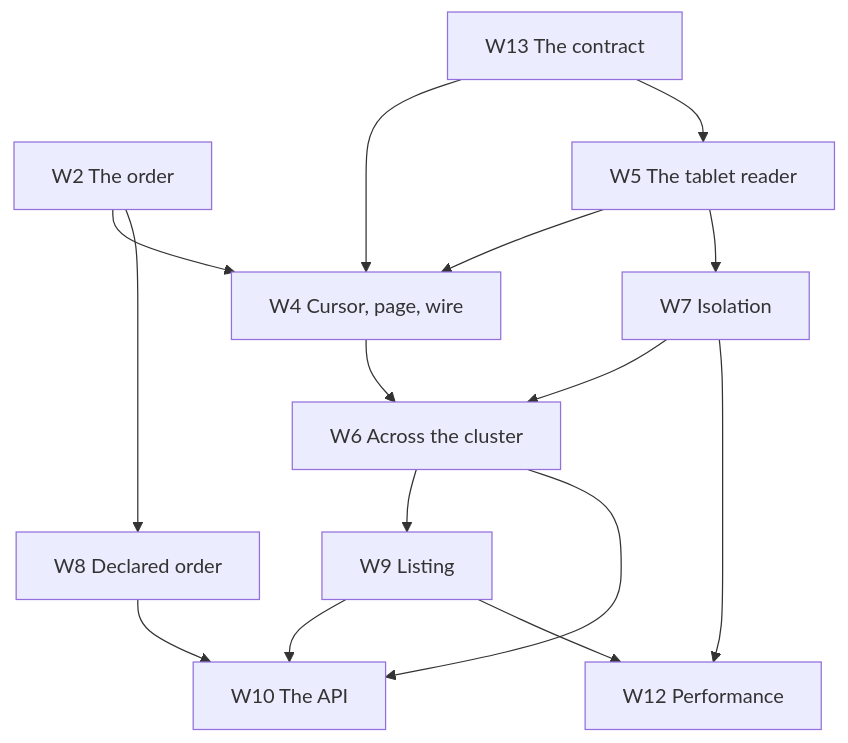
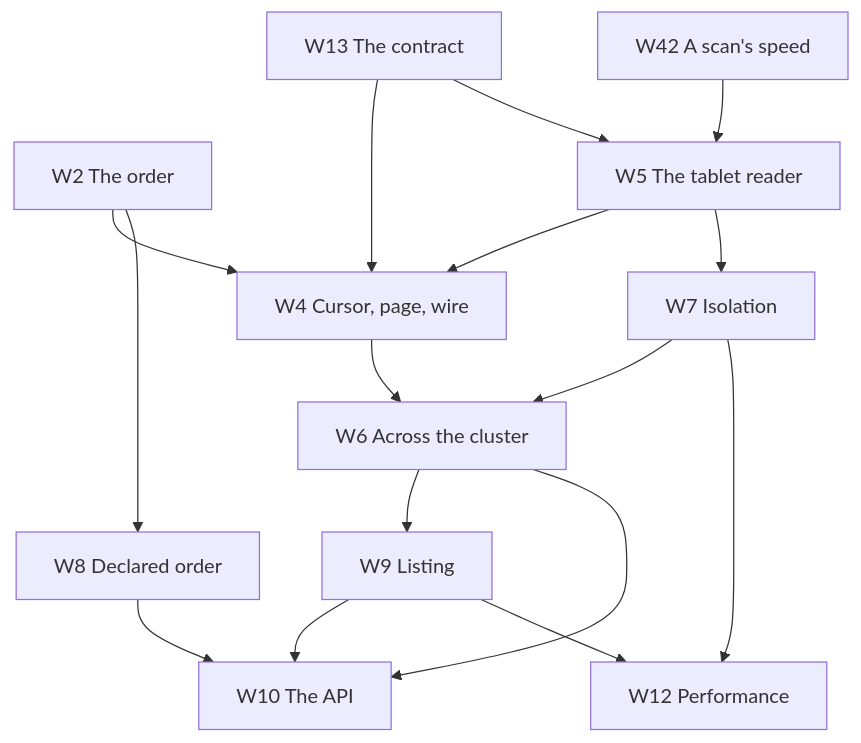
The second of 2 diagrams in docs/src/future-work/scans/overview.md (mjcarson/shoal), drawn with Mermaid before and after one commit. The commit also changed other lines of this file and 22 other files, not shown here.

````diff
--- a/docs/src/future-work/scans/overview.md
+++ b/docs/src/future-work/scans/overview.md
@@ -156,27 +157,29 @@
 ```mermaid
 flowchart TB
     W13["W13 The contract"]
     W2["W2 The order"]
     W5["W5 The tablet reader"]
     W4["W4 Cursor, page, wire"]
     W7["W7 Isolation"]
     W6["W6 Across the cluster"]
     W8["W8 Declared order"]
     W9["W9 Listing"]
     W10["W10 The API"]
     W12["W12 Performance"]
+    W42["W42 A scan's speed"]
     W13 --> W4
     W13 --> W5
     W2 --> W4
     W2 --> W8
     W5 --> W4
     W5 --> W7
     W4 --> W6
     W7 --> W6
     W6 --> W9
     W6 --> W10
     W8 --> W10
     W9 --> W10
     W7 --> W12
     W9 --> W12
+    W42 --> W5
 ```
````
